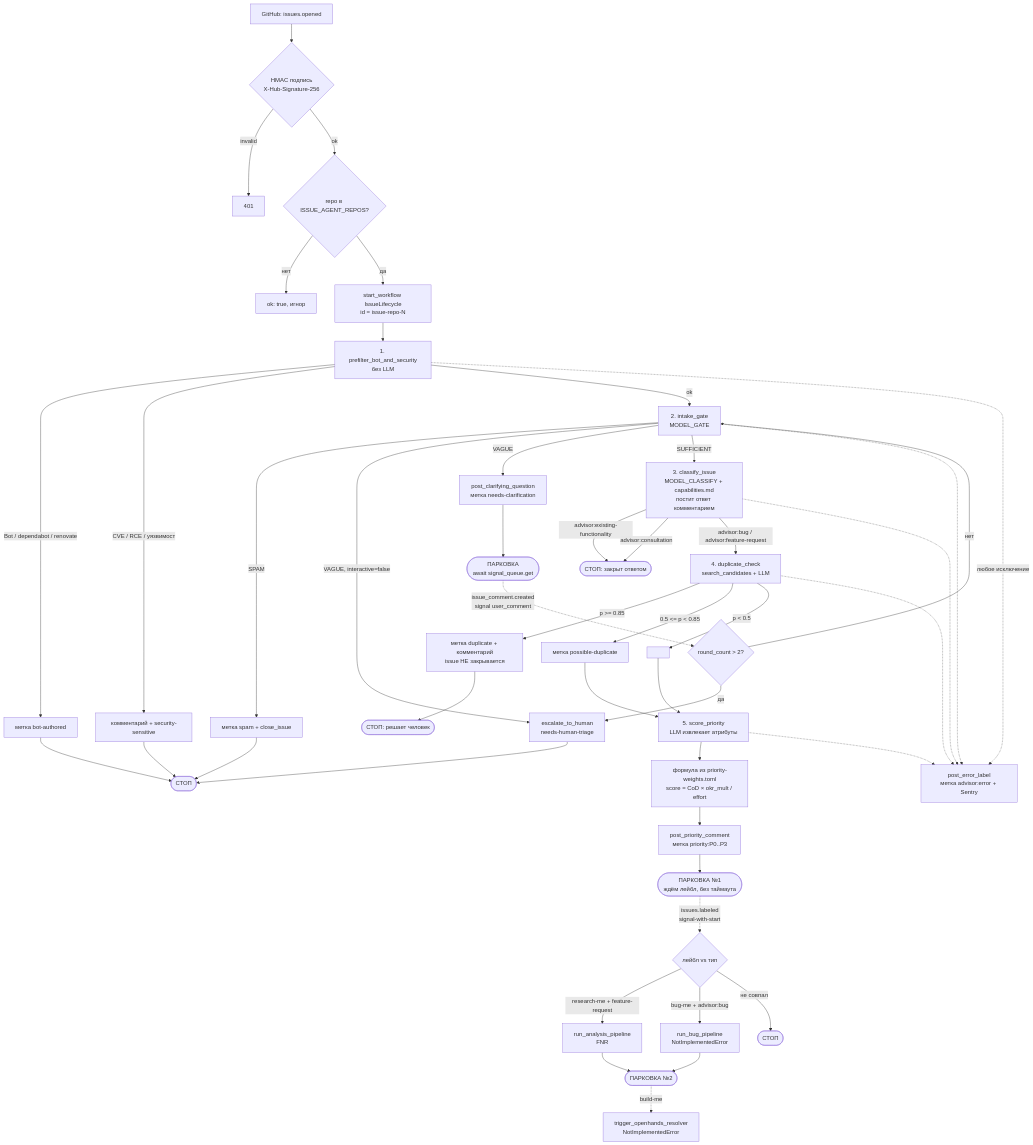
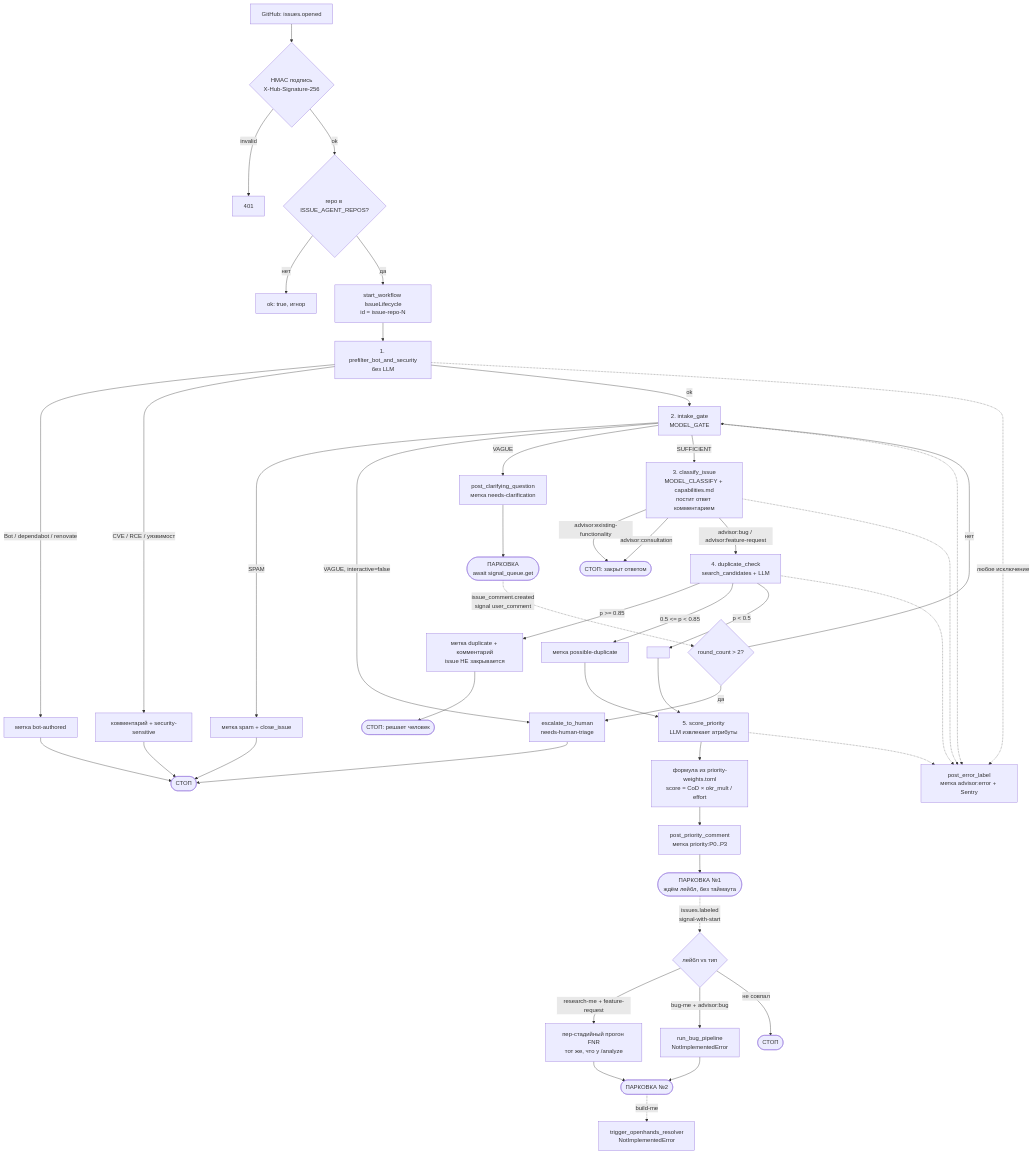
One commit to po-helper-org/poh-issue-agents changed the first of 2 diagrams in README.md. Above: the diagram before and after it, drawn with Mermaid. The commit also changed other lines of this file and 19 other files, not shown here.

First line of the commit message:
feat(ops): диагностика доставки, стадия триажа, allowlist и единый прогон FNR

````diff
--- a/README.md
+++ b/README.md
@@ -146,52 +146,52 @@
 ```mermaid
 flowchart TD
     A["GitHub: issues.opened"] --> B{"HMAC подпись<br/>X-Hub-Signature-256"}
     B -->|invalid| B1["401"]
     B -->|ok| C{"repo в ISSUE_AGENT_REPOS?"}
     C -->|нет| C1["ok: true, игнор"]
     C -->|да| D["start_workflow IssueLifecycle<br/>id = issue-repo-N"]
 
     D --> E["1. prefilter_bot_and_security<br/>без LLM"]
     E -->|Bot / dependabot / renovate| E1["метка bot-authored"] --> STOP1(["СТОП"])
     E -->|"CVE / RCE / уязвимост"| E2["комментарий + security-sensitive"] --> STOP1
 
     E -->|ok| F["2. intake_gate<br/>MODEL_GATE"]
     F -->|SPAM| F1["метка spam + close_issue"] --> STOP1
     F -->|"VAGUE, interactive=false"| F2["escalate_to_human<br/>needs-human-triage"] --> STOP1
     F -->|VAGUE| G["post_clarifying_question<br/>метка needs-clarification"]
 
     G --> H(["ПАРКОВКА<br/>await signal_queue.get"])
     H -.->|"issue_comment.created<br/>signal user_comment"| I{"round_count > 2?"}
     I -->|да| F2
     I -->|нет| F
 
     F -->|SUFFICIENT| J["3. classify_issue<br/>MODEL_CLASSIFY + capabilities.md<br/>постит ответ комментарием"]
     J -->|"advisor:existing-functionality"| STOP2(["СТОП: закрыт ответом"])
     J -->|"advisor:consultation"| STOP2
     J -->|"advisor:bug / advisor:feature-request"| K["4. duplicate_check<br/>search_candidates + LLM"]
 
     K -->|"p >= 0.85"| K1["метка duplicate + комментарий<br/>issue НЕ закрывается"] --> STOP3(["СТОП: решает человек"])
     K -->|"0.5 <= p < 0.85"| L["метка possible-duplicate"]
     K -->|"p < 0.5"| L2[" "]
     L --> M
     L2 --> M
 
     M["5. score_priority<br/>LLM извлекает атрибуты"] --> N["формула из priority-weights.toml<br/>score = CoD × okr_mult / effort"]
     N --> O["post_priority_comment<br/>метка priority:P0..P3"]
 
     O --> P(["ПАРКОВКА №1<br/>ждём лейбл, без таймаута"])
     P -.->|"issues.labeled<br/>signal-with-start"| Q{"лейбл vs тип"}
-    Q -->|"research-me + feature-request"| R["run_analysis_pipeline<br/>FNR"]
+    Q -->|"research-me + feature-request"| R["пер-стадийный прогон FNR<br/>тот же, что у /analyze"]
     Q -->|"bug-me + advisor:bug"| R2["run_bug_pipeline<br/>NotImplementedError"]
     Q -->|не совпал| STOP4(["СТОП"])
 
     R --> S(["ПАРКОВКА №2"])
     R2 --> S
     S -.->|build-me| T["trigger_openhands_resolver<br/>NotImplementedError"]
 
     E -.->|"любое исключение"| ERR["post_error_label<br/>метка advisor:error + Sentry"]
     F -.-> ERR
     J -.-> ERR
     K -.-> ERR
     M -.-> ERR
 ```
````
